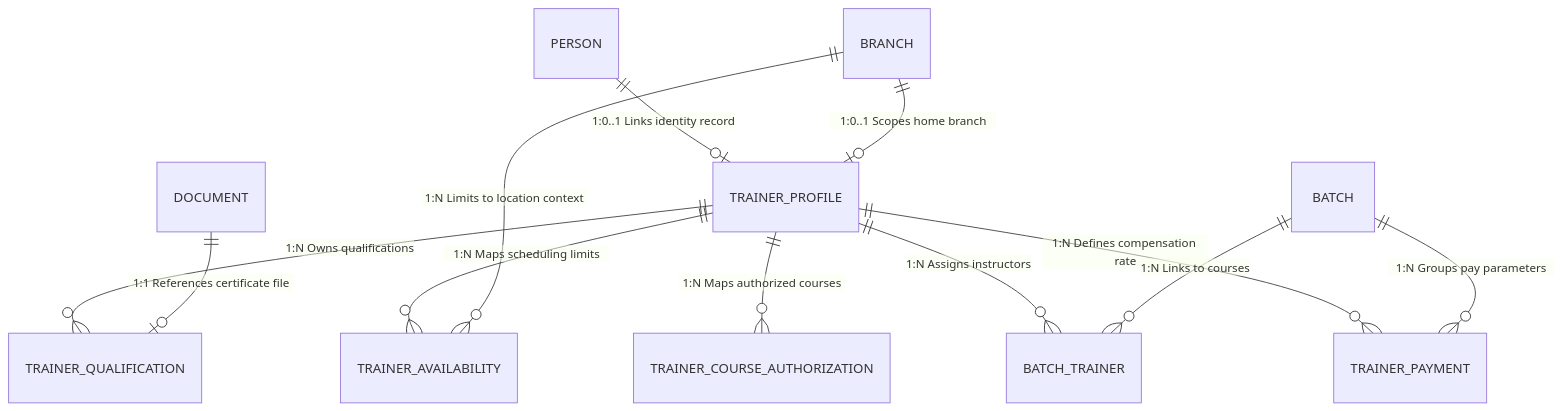
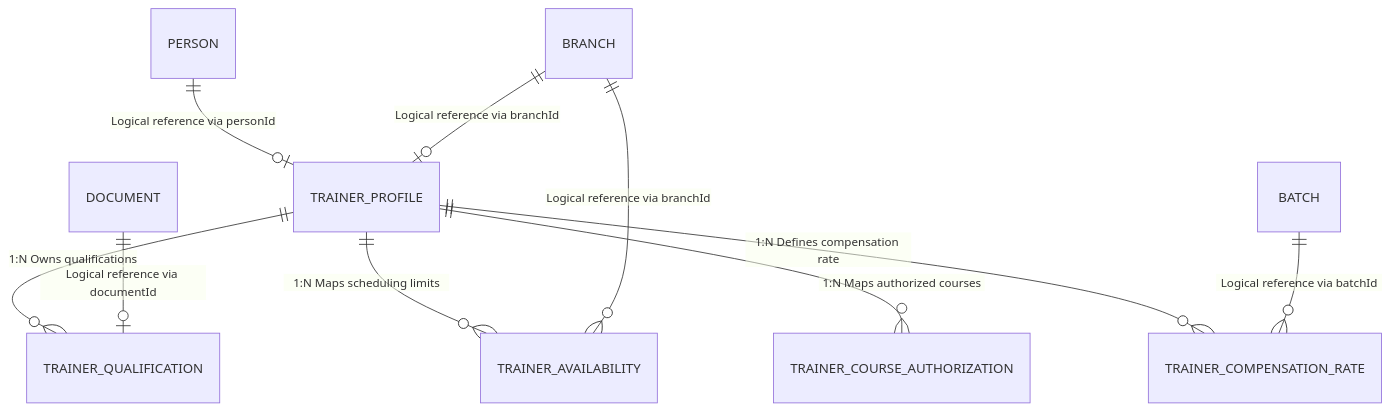
The diagram in docs/architecture/frd/Module 10: Faculty / Trainer Management/Part 4 – Database Entities and CRUD Matrix.md (needuvazh/ims-v2), drawn with Mermaid before and after one commit. The commit also changed other lines of this file and 128 other files, not shown here.

````diff
--- a/docs/architecture/frd/Module 10: Faculty / Trainer Management/Part 4 – Database Entities and CRUD Matrix.md
+++ b/docs/architecture/frd/Module 10: Faculty / Trainer Management/Part 4 – Database Entities and CRUD Matrix.md
@@ -258,15 +230,13 @@
 ```mermaid
 erDiagram
-    PERSON ||--o| TRAINER_PROFILE : "1:0..1 Links identity record"
+    PERSON ||--o| TRAINER_PROFILE : "Logical reference via personId"
     TRAINER_PROFILE ||--o{ TRAINER_QUALIFICATION : "1:N Owns qualifications"
     TRAINER_PROFILE ||--o{ TRAINER_AVAILABILITY : "1:N Maps scheduling limits"
     TRAINER_PROFILE ||--o{ TRAINER_COURSE_AUTHORIZATION : "1:N Maps authorized courses"
-    TRAINER_PROFILE ||--o{ BATCH_TRAINER : "1:N Assigns instructors"
-    TRAINER_PROFILE ||--o{ TRAINER_PAYMENT : "1:N Defines compensation rate"
+    TRAINER_PROFILE ||--o{ TRAINER_COMPENSATION_RATE : "1:N Defines compensation rate"
     
-    BRANCH ||--o| TRAINER_PROFILE : "1:0..1 Scopes home branch"
-    BRANCH ||--o{ TRAINER_AVAILABILITY : "1:N Limits to location context"
-    BATCH ||--o{ BATCH_TRAINER : "1:N Links to courses"
-    BATCH ||--o{ TRAINER_PAYMENT : "1:N Groups pay parameters"
-    DOCUMENT ||--o| TRAINER_QUALIFICATION : "1:1 References certificate file"
+    BRANCH ||--o| TRAINER_PROFILE : "Logical reference via branchId"
+    BRANCH ||--o{ TRAINER_AVAILABILITY : "Logical reference via branchId"
+    BATCH ||--o{ TRAINER_COMPENSATION_RATE : "Logical reference via batchId"
+    DOCUMENT ||--o| TRAINER_QUALIFICATION : "Logical reference via documentId"
 ```
````
